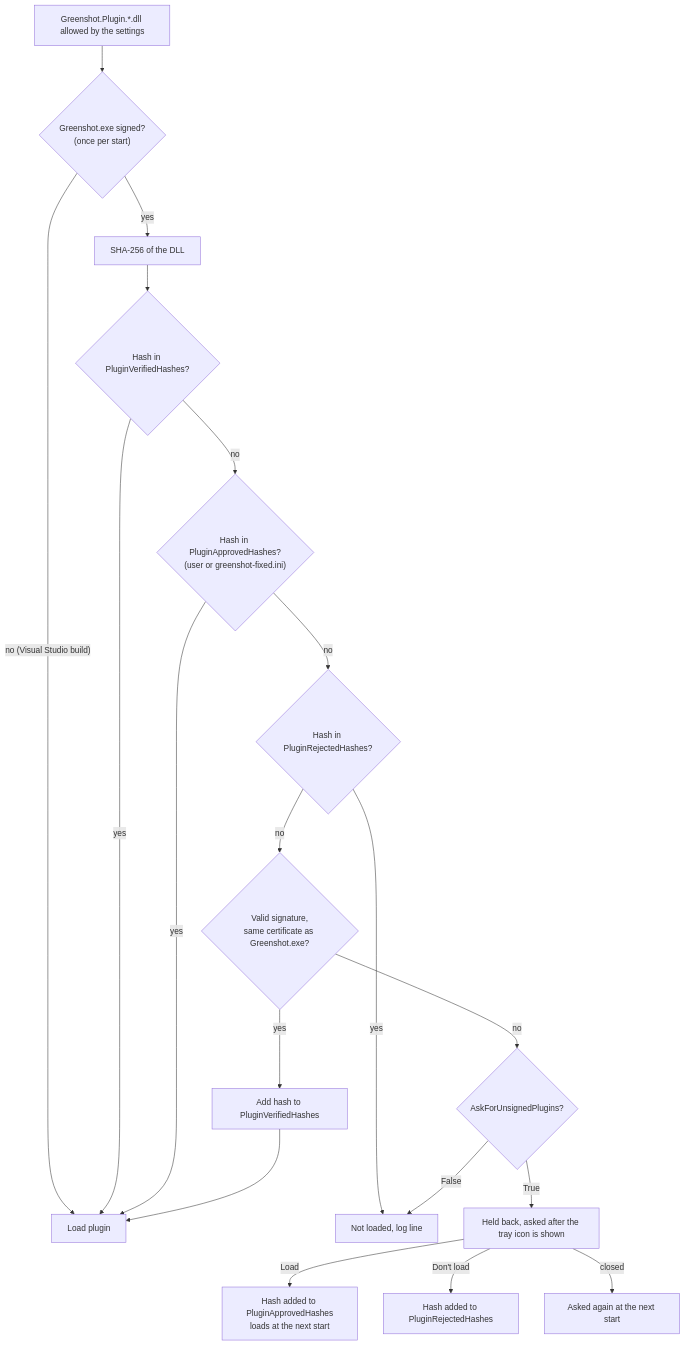
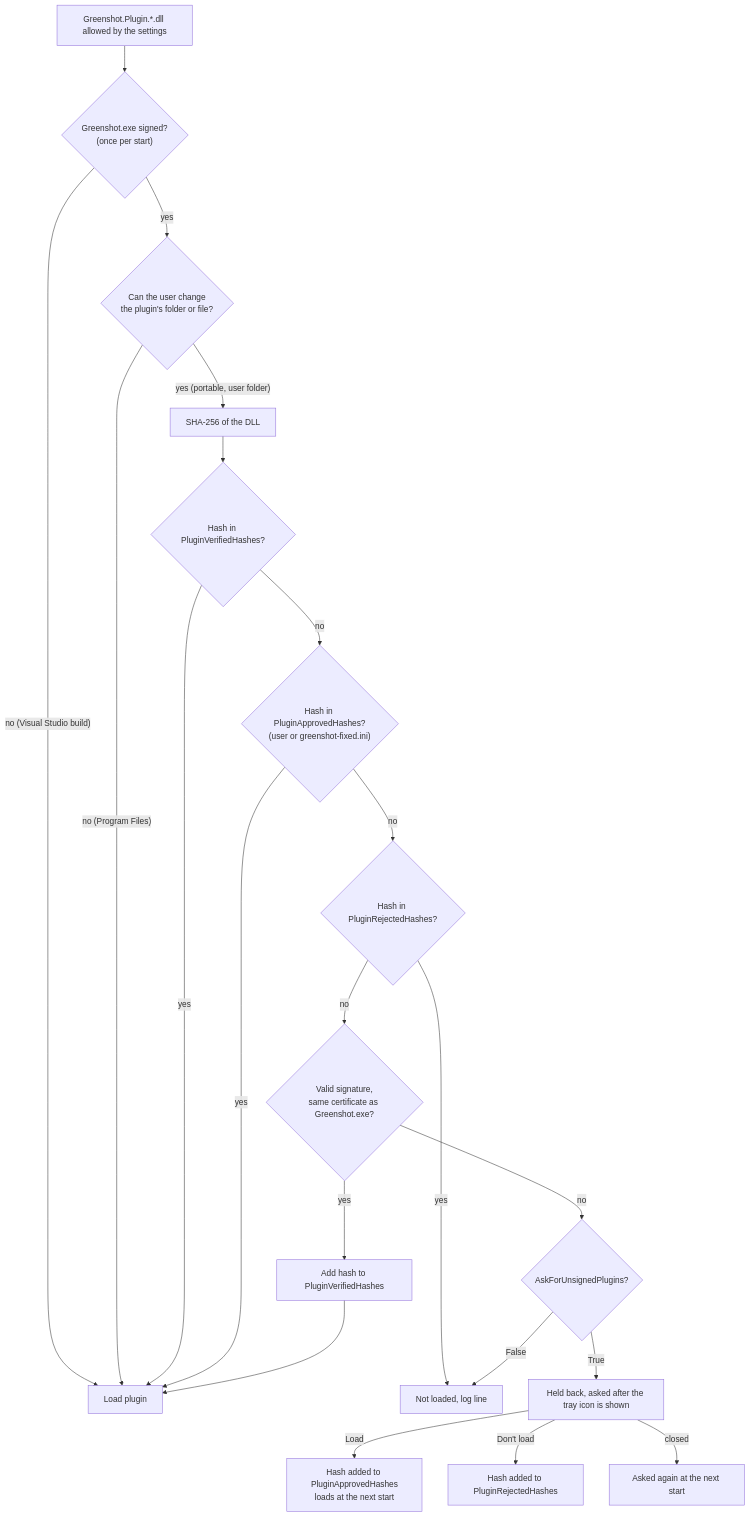
The second of 2 diagrams in docs/vNext/plugin-loading.md (greenshot/greenshot), drawn with Mermaid before and after one commit. The commit also changed other lines of this file and 2 other files, not shown here.

First line of the commit message:
Check plugin signatures only where the user can change the plugin

````diff
--- a/docs/vNext/plugin-loading.md
+++ b/docs/vNext/plugin-loading.md
@@ -40,20 +45,22 @@
 ```mermaid
 flowchart TD
     A["Greenshot.Plugin.*.dll allowed by the settings"] --> C{"Greenshot.exe signed?<br/>(once per start)"}
     C -- "no (Visual Studio build)" --> LOAD["Load plugin"]
-    C -- yes --> D["SHA-256 of the DLL"]
+    C -- yes --> W{"Can the user change<br/>the plugin's folder or file?"}
+    W -- "no (Program Files)" --> LOAD
+    W -- "yes (portable, user folder)" --> D["SHA-256 of the DLL"]
     D --> E{"Hash in PluginVerifiedHashes?"}
     E -- yes --> LOAD
     E -- no --> F{"Hash in PluginApprovedHashes?<br/>(user or greenshot-fixed.ini)"}
     F -- yes --> LOAD
     F -- no --> G{"Hash in PluginRejectedHashes?"}
     G -- yes --> SKIPLOG["Not loaded, log line"]
     G -- no --> H{"Valid signature,<br/>same certificate as Greenshot.exe?"}
     H -- yes --> V["Add hash to PluginVerifiedHashes"] --> LOAD
     H -- no --> I{"AskForUnsignedPlugins?"}
     I -- "False" --> SKIPLOG
     I -- "True" --> Q["Held back, asked after the tray icon is shown"]
     Q -- Load --> AP["Hash added to PluginApprovedHashes<br/>loads at the next start"]
     Q -- "Don't load" --> RJ["Hash added to PluginRejectedHashes"]
     Q -- closed --> AGAIN["Asked again at the next start"]
 ```
````
